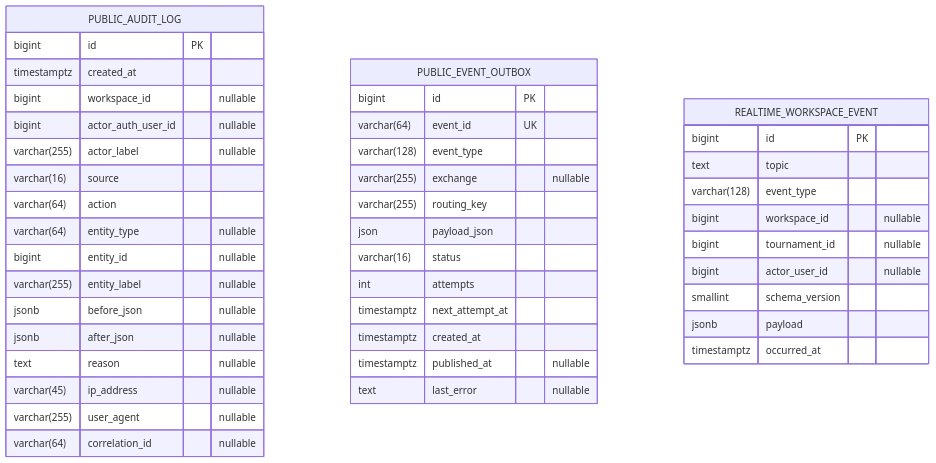
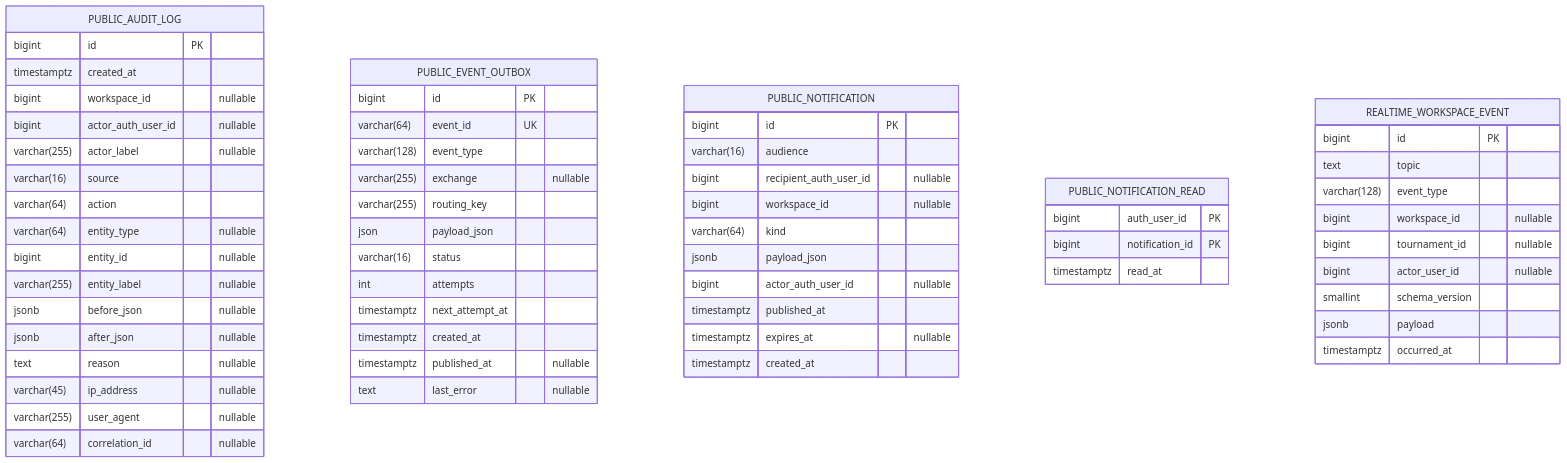
Diagram 19 of 19 in docs/database_erd.md (CraazzzyyFoxx/anak-tournaments), drawn with Mermaid before and after one commit. The commit also changed other lines of this file and 11 other files, not shown here.

````diff
--- a/docs/database_erd.md
+++ b/docs/database_erd.md
@@ -2561,46 +2571,63 @@
 ```mermaid
 erDiagram
     PUBLIC_AUDIT_LOG {
         bigint id PK
         timestamptz created_at
         bigint workspace_id "nullable"
         bigint actor_auth_user_id "nullable"
         varchar(255) actor_label "nullable"
         varchar(16) source
         varchar(64) action
         varchar(64) entity_type "nullable"
         bigint entity_id "nullable"
         varchar(255) entity_label "nullable"
         jsonb before_json "nullable"
         jsonb after_json "nullable"
         text reason "nullable"
         varchar(45) ip_address "nullable"
         varchar(255) user_agent "nullable"
         varchar(64) correlation_id "nullable"
     }
     PUBLIC_EVENT_OUTBOX {
         bigint id PK
         varchar(64) event_id UK
         varchar(128) event_type
         varchar(255) exchange "nullable"
         varchar(255) routing_key
         json payload_json
         varchar(16) status
         int attempts
         timestamptz next_attempt_at
         timestamptz created_at
         timestamptz published_at "nullable"
         text last_error "nullable"
     }
+    PUBLIC_NOTIFICATION {
+        bigint id PK
+        varchar(16) audience
+        bigint recipient_auth_user_id "nullable"
+        bigint workspace_id "nullable"
+        varchar(64) kind
+        jsonb payload_json
+        bigint actor_auth_user_id "nullable"
+        timestamptz published_at
+        timestamptz expires_at "nullable"
+        timestamptz created_at
+    }
+    PUBLIC_NOTIFICATION_READ {
+        bigint auth_user_id PK
+        bigint notification_id PK
+        timestamptz read_at
+    }
     REALTIME_WORKSPACE_EVENT {
         bigint id PK
         text topic
         varchar(128) event_type
         bigint workspace_id "nullable"
         bigint tournament_id "nullable"
         bigint actor_user_id "nullable"
         smallint schema_version
         jsonb payload
         timestamptz occurred_at
     }
 ```
````
